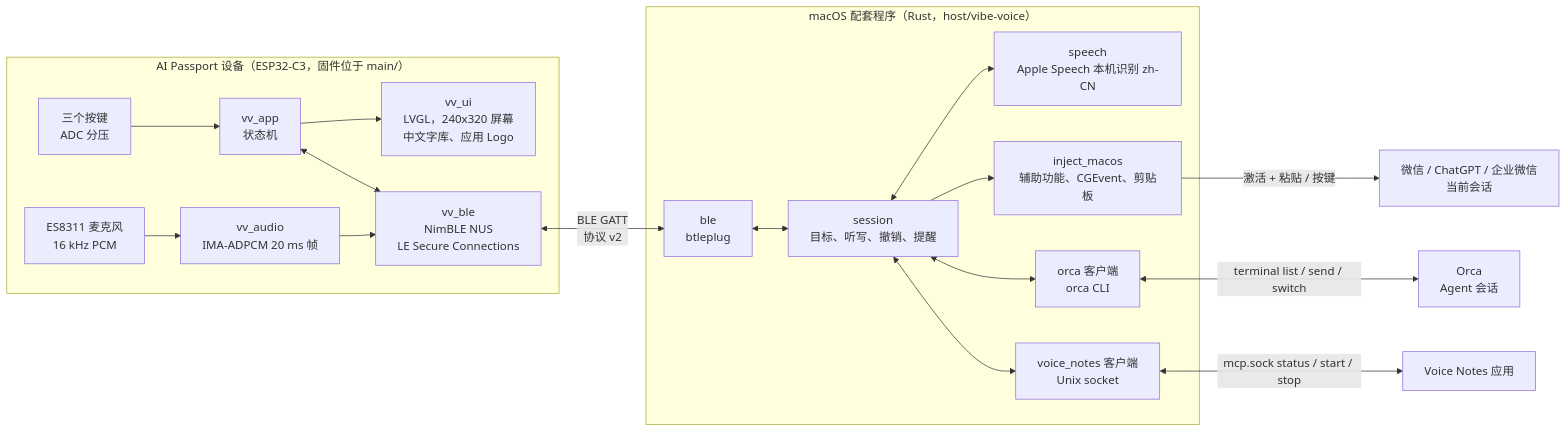
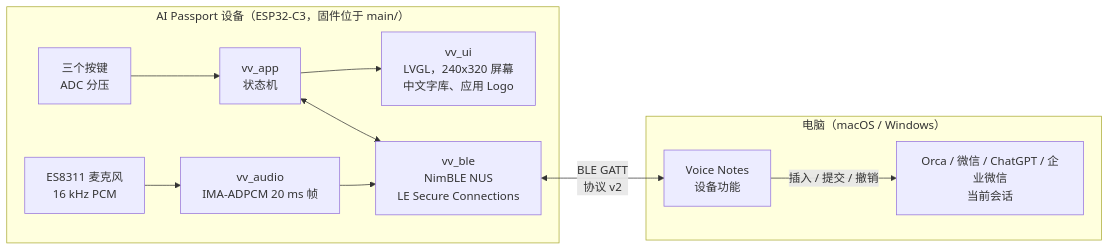
Before and after one commit to SoulZhong/vibe-voice-input: the diagram in README.zh_CN.md, drawn with Mermaid. The commit also changed other lines of this file and 36 other files, not shown here.

````diff
--- a/README.zh_CN.md
+++ b/README.zh_CN.md
@@ -26,24 +26,17 @@
 ```mermaid
 flowchart LR
     subgraph DEV["AI Passport 设备（ESP32-C3，固件位于 main/）"]
         BTN["三个按键<br/>ADC 分压"] --> APP["vv_app<br/>状态机"]
         MIC["ES8311 麦克风<br/>16 kHz PCM"] --> AUD["vv_audio<br/>IMA-ADPCM 20 ms 帧"]
         APP --> UI["vv_ui<br/>LVGL，240x320 屏幕<br/>中文字库、应用 Logo"]
         AUD --> BLE["vv_ble<br/>NimBLE NUS<br/>LE Secure Connections"]
         APP <--> BLE
     end
 
-    BLE <-->|"BLE GATT<br/>协议 v2"| CBLE
+    BLE <-->|"BLE GATT<br/>协议 v2"| VN
 
-    subgraph MAC["macOS 配套程序（Rust，host/vibe-voice）"]
-        CBLE["ble<br/>btleplug"] <--> SES["session<br/>目标、听写、撤销、提醒"]
-        SES <--> ASR["speech<br/>Apple Speech 本机识别 zh-CN"]
-        SES --> INJ["inject_macos<br/>辅助功能、CGEvent、剪贴板"]
-        SES <--> ORC["orca 客户端<br/>orca CLI"]
-        SES <--> VNC["voice_notes 客户端<br/>Unix socket"]
+    subgraph PC["电脑（macOS / Windows）"]
+        VN["Voice Notes<br/>设备功能"]
+        VN -->|"插入 / 提交 / 撤销"| APPS["Orca / 微信 / ChatGPT / 企业微信<br/>当前会话"]
     end
-
-    ORC <-->|"terminal list / send / switch"| ORCA["Orca<br/>Agent 会话"]
-    INJ -->|"激活 + 粘贴 / 按键"| APPS["微信 / ChatGPT / 企业微信<br/>当前会话"]
-    VNC <-->|"mcp.sock status / start / stop"| VN["Voice Notes 应用"]
 ```
````
